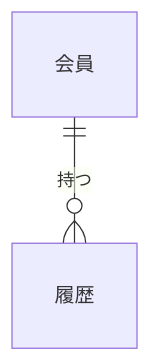
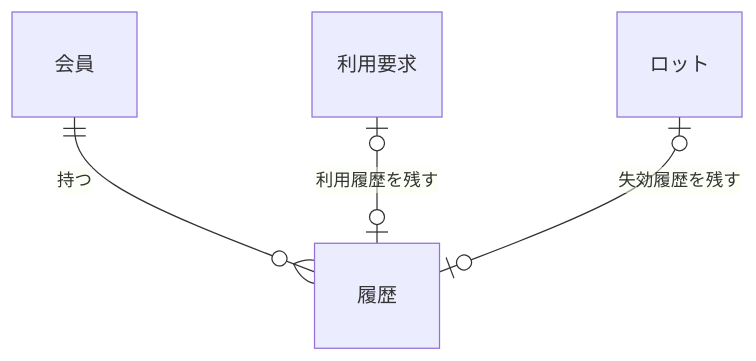
One commit to kasiopeiya/claude-dev-template changed the first of 6 diagrams in samples/docs/requirements.md. Above: the diagram before and after it, drawn with Mermaid. The commit also changed other lines of this file and 1 other file, not shown here.

````diff
--- a/samples/docs/requirements.md
+++ b/samples/docs/requirements.md
@@ -261,6 +261,10 @@
 ```mermaid
 erDiagram
     MEMBER["会員"]
     HISTORY["履歴"]
+    REQUEST["利用要求"]
+    LOT["ロット"]
     MEMBER ||--o{ HISTORY : 持つ
+    REQUEST |o--o| HISTORY : 利用履歴を残す
+    LOT |o--o| HISTORY : 失効履歴を残す
 ```
````
